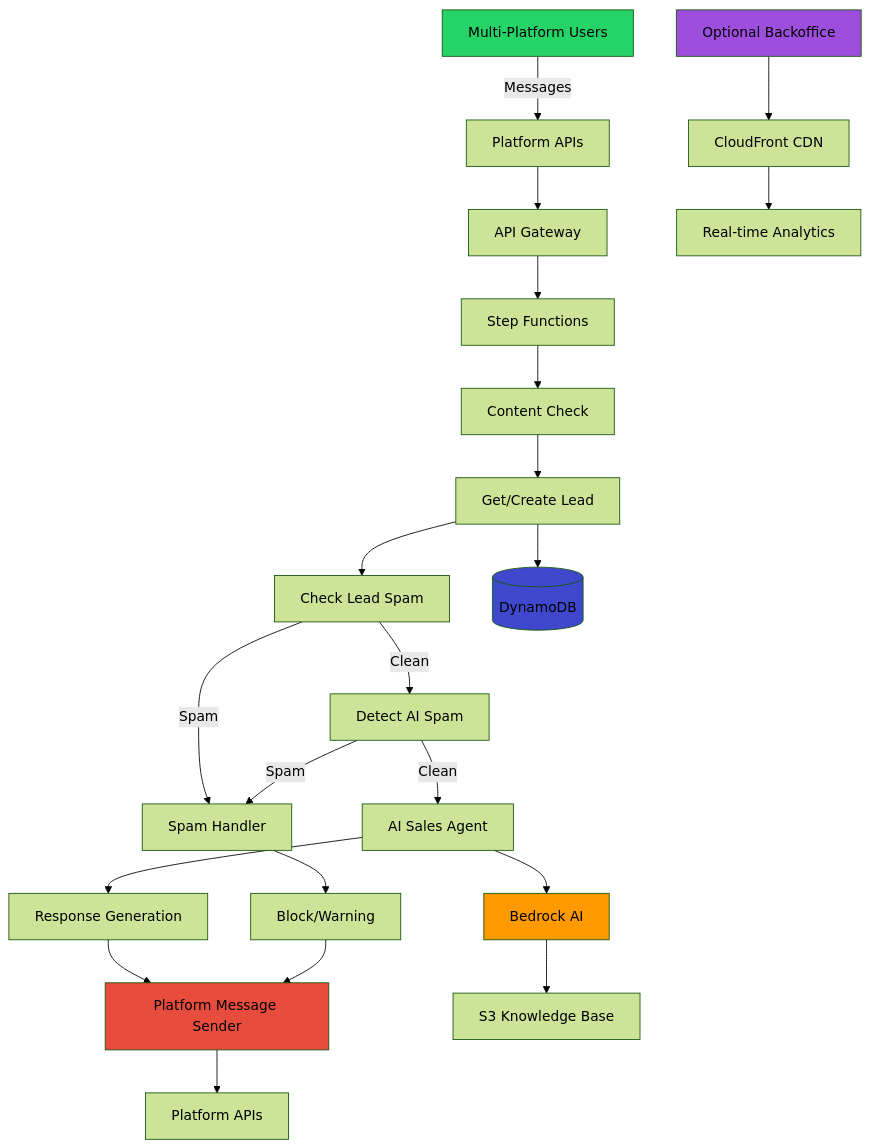
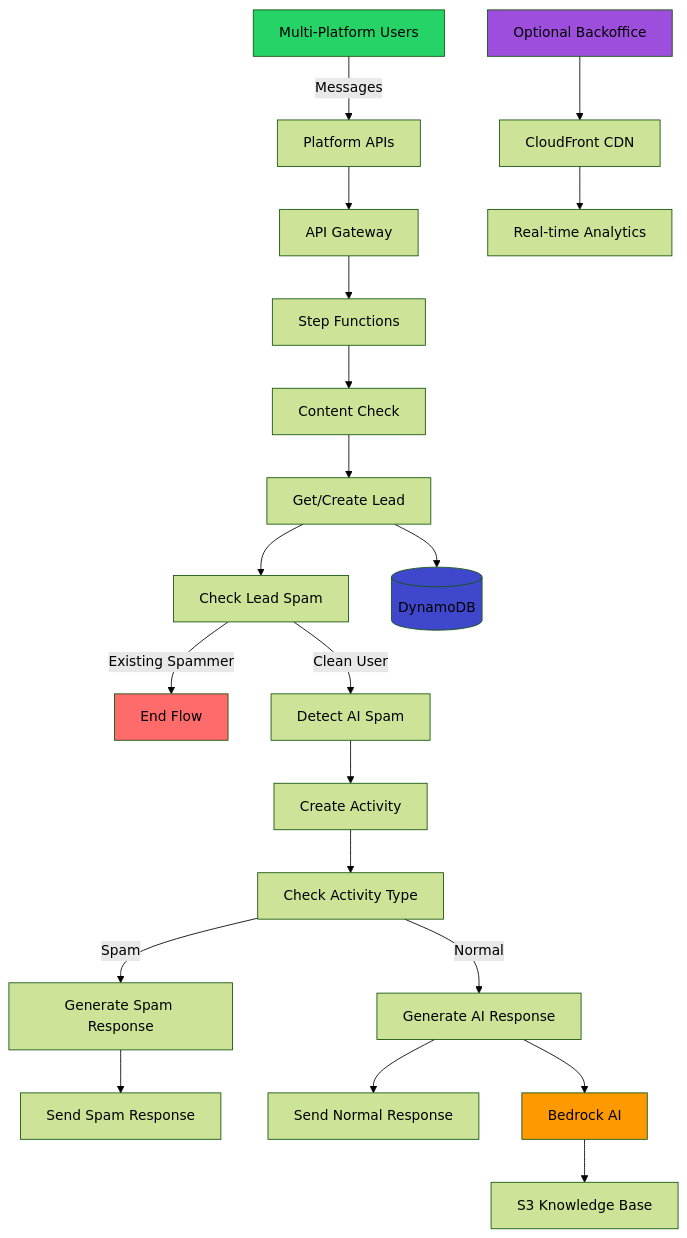
Before and after one commit to Pandas-DB/pandasdb-crm-comm: the diagram in README.md, drawn with Mermaid (forest theme). The commit also changed other lines of this file, not shown here.

````diff
--- a/README.md
+++ b/README.md
@@ -483,36 +401,35 @@
 ```mermaid
 graph TB
     A[Multi-Platform Users] -->|Messages| B[Platform APIs]
     B --> C[API Gateway]
     C --> D[Step Functions]
     
     D --> E[Content Check]
     E --> F[Get/Create Lead]
     F --> G[Check Lead Spam]
     
-    G -->|Clean| H[Detect AI Spam]
-    G -->|Spam| I[Spam Handler]
+    G -->|Existing Spammer| H[End Flow]
+    G -->|Clean User| I[Detect AI Spam]
     
-    H -->|Clean| J[AI Sales Agent]
-    H -->|Spam| I
+    I --> J[Create Activity]
+    J --> K[Check Activity Type]
     
-    J --> K[Response Generation]
-    I --> L[Block/Warning]
+    K -->|Spam| L[Generate Spam Response]
+    K -->|Normal| M[Generate AI Response]
     
-    K --> M[Platform Message Sender]
-    L --> M
-    M --> N[Platform APIs]
+    L --> N[Send Spam Response]
+    M --> O[Send Normal Response]
     
-    F --> O[(DynamoDB)]
-    J --> P[Bedrock AI]
-    P --> Q[S3 Knowledge Base]
+    F --> P[(DynamoDB)]
+    M --> Q[Bedrock AI]
+    Q --> R[S3 Knowledge Base]
     
-    R[Optional Backoffice] --> S[CloudFront CDN]
-    S --> T[Real-time Analytics]
+    S[Optional Backoffice] --> T[CloudFront CDN]
+    T --> U[Real-time Analytics]
     
     style A fill:#25D366
-    style P fill:#FF9900
-    style O fill:#3F48CC
-    style R fill:#9D4EDD
-    style M fill:#E74C3C
+    style Q fill:#FF9900
+    style P fill:#3F48CC
+    style S fill:#9D4EDD
+    style H fill:#FF6B6B
 ```
````
